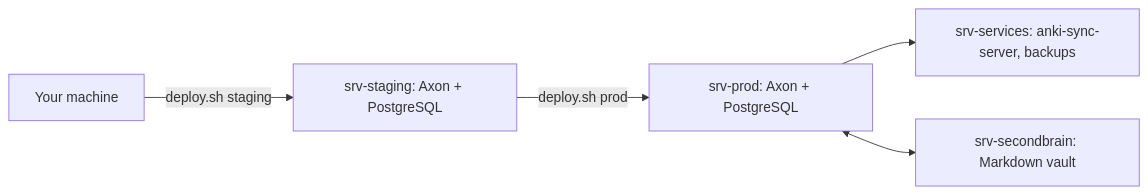
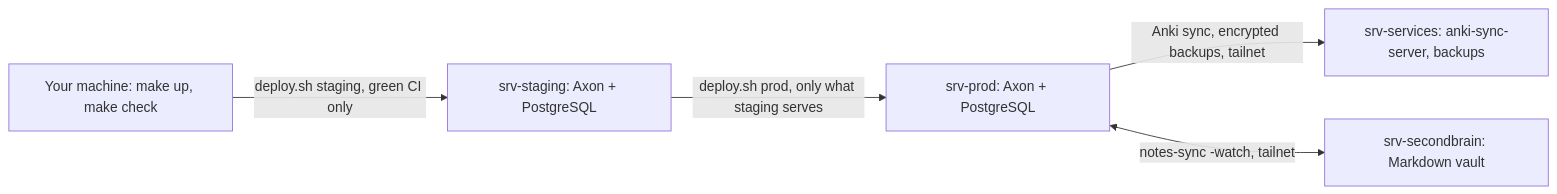
Before and after one commit to thoutmose/axon: the third of 8 diagrams in README.fr.md, drawn with Mermaid. The commit also changed other lines of this file and 2 other files, not shown here.

First line of the commit message:
docs: draw every README diagram in Mermaid, up to date with what runs

````diff
--- a/README.fr.md
+++ b/README.fr.md
@@ -273,6 +166,7 @@
 ```mermaid
 flowchart LR
-  dev[Your machine] -->|deploy.sh staging| staging[srv-staging: Axon + PostgreSQL] -->|deploy.sh prod| prod[srv-prod: Axon + PostgreSQL]
-  prod --> services[srv-services: anki-sync-server, backups]
-  prod <--> brain[srv-secondbrain: Markdown vault]
+  dev["Your machine: make up, make check"] -->|"deploy.sh staging, green CI only"| staging["srv-staging: Axon + PostgreSQL"]
+  staging -->|"deploy.sh prod, only what staging serves"| prod["srv-prod: Axon + PostgreSQL"]
+  prod -->|"Anki sync, encrypted backups, tailnet"| services["srv-services: anki-sync-server, backups"]
+  prod <-->|"notes-sync -watch, tailnet"| brain["srv-secondbrain: Markdown vault"]
 ```
````
